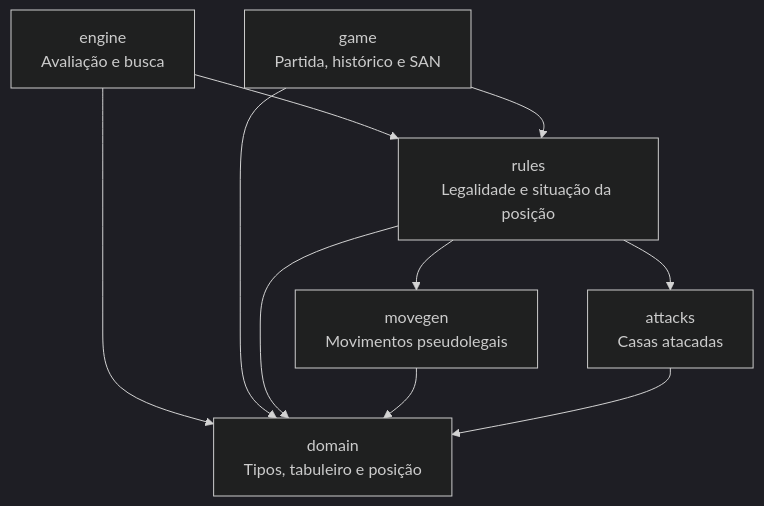
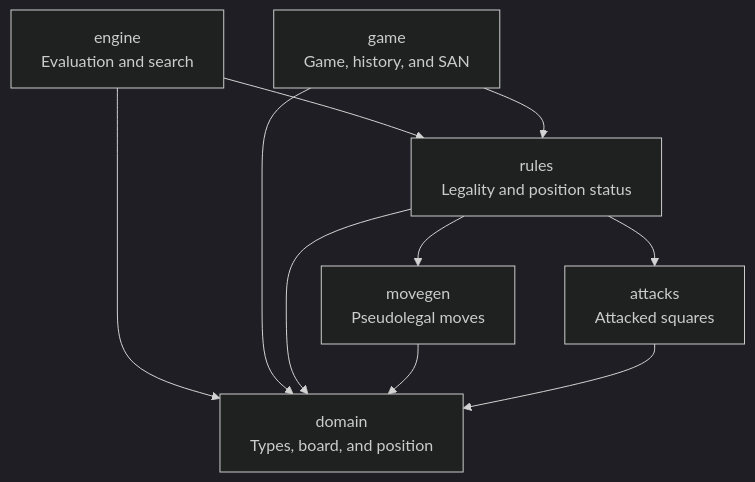
One commit to gabrzb/chess-go changed the second of 2 diagrams in README.md. Above: the diagram before and after it, drawn with Mermaid (dark theme). The commit also changed other lines of this file and 20 other files, not shown here.

````diff
--- a/README.md
+++ b/README.md
@@ -219,19 +220,19 @@
 ```mermaid
 flowchart TB
-    game["game<br/>Partida, histórico e SAN"]
-    ai["engine<br/>Avaliação e busca"]
-    rules["rules<br/>Legalidade e situação da posição"]
-    movegen["movegen<br/>Movimentos pseudolegais"]
-    attacks["attacks<br/>Casas atacadas"]
-    chess["domain<br/>Tipos, tabuleiro e posição"]
+    game["game<br/>Game, history, and SAN"]
+    ai["engine<br/>Evaluation and search"]
+    rules["rules<br/>Legality and position status"]
+    movegen["movegen<br/>Pseudolegal moves"]
+    attacks["attacks<br/>Attacked squares"]
+    chess["domain<br/>Types, board, and position"]
 
     ai --> rules
     game --> rules
     rules --> movegen
     rules --> attacks
     ai --> chess
     game --> chess
     rules --> chess
     movegen --> chess
     attacks --> chess
 ```
````
